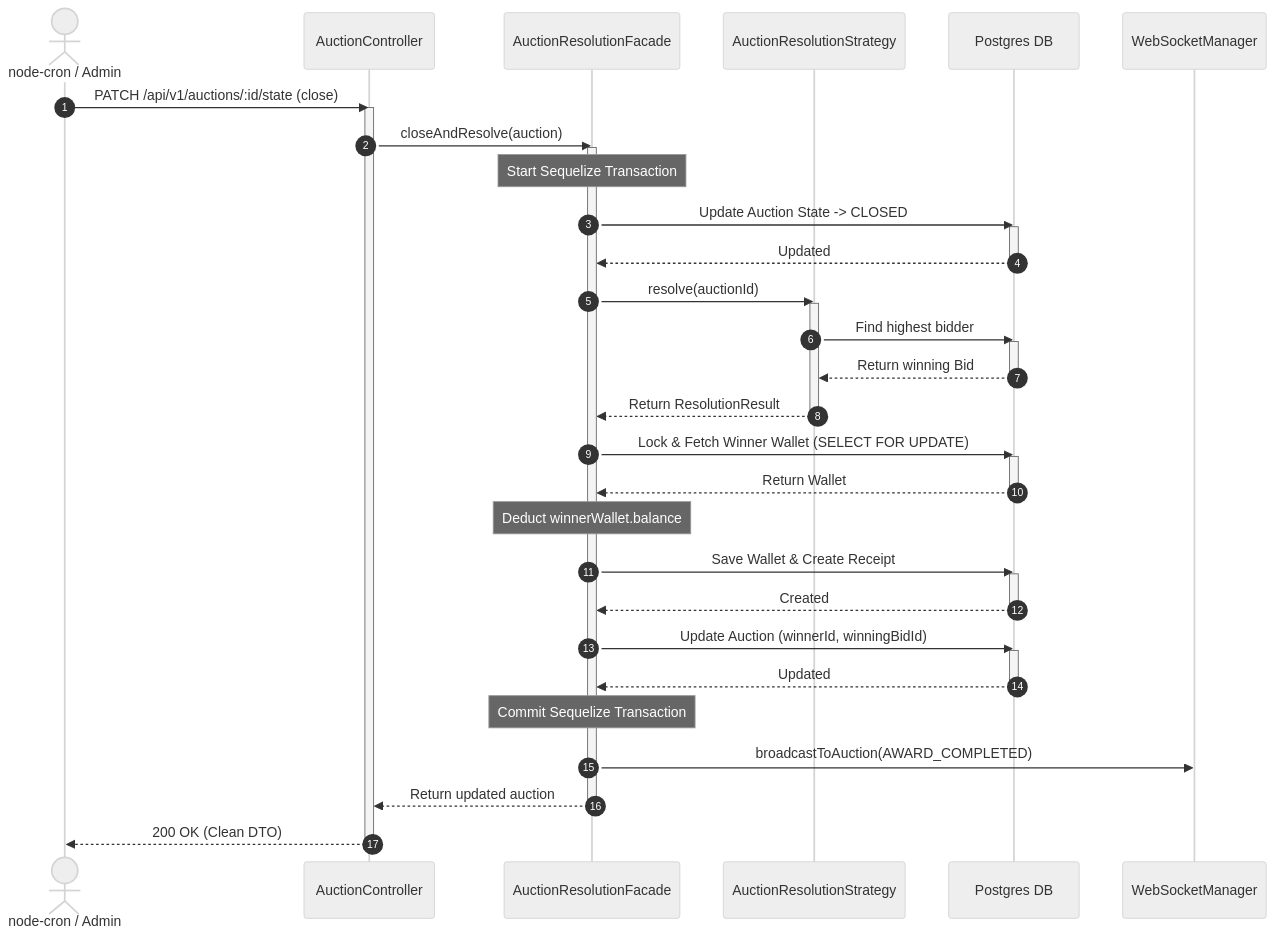
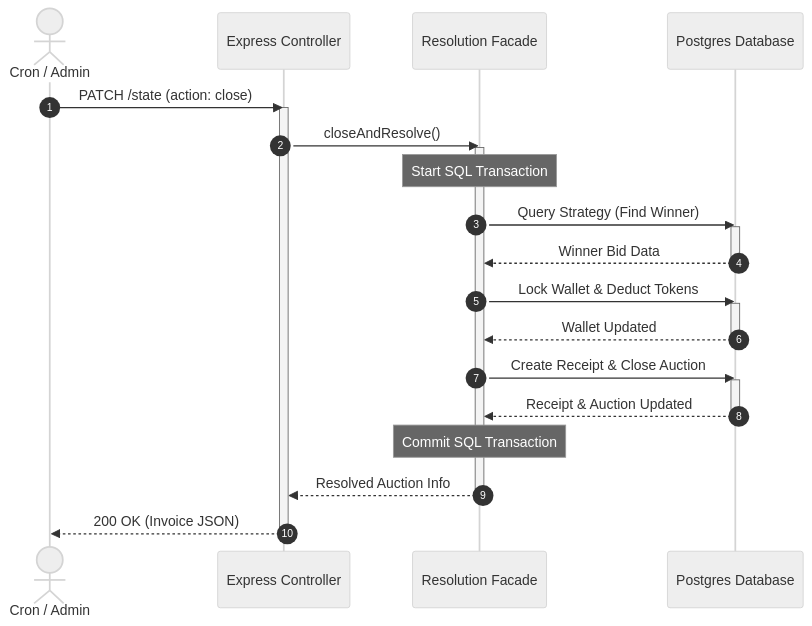
Before and after one commit to HassenChaaben/Auction-management-backend-app: the sixth of 6 diagrams in README.md, drawn with Mermaid. The commit also changed other lines of this file, not shown here.

Commit message:
docs: simplify UML diagrams for maximum human legibility and zero crossing lines

````diff
--- a/README.md
+++ b/README.md
@@ -409,48 +383,36 @@
 ```mermaid
 %%{init: {'theme': 'neutral'}}%%
 sequenceDiagram
     autonumber
-    actor Scheduler as node-cron / Admin
-    participant Controller as AuctionController
-    participant Facade as AuctionResolutionFacade
-    participant Strategy as AuctionResolutionStrategy
-    participant DB as Postgres DB
-    participant WS as WebSocketManager
+    actor Trigger as Cron / Admin
+    participant Server as Express Controller
+    participant Facade as Resolution Facade
+    participant DB as Postgres Database
 
-    Scheduler->>Controller: PATCH /api/v1/auctions/:id/state (close)
-    activate Controller
-    Controller->>Facade: closeAndResolve(auction)
+    Trigger->>Server: PATCH /state (action: close)
+    activate Server
+    Server->>Facade: closeAndResolve()
     activate Facade
-    Note over Facade: Start Sequelize Transaction
-    Facade->>DB: Update Auction State -> CLOSED
+    Note over Facade: Start SQL Transaction
+    
+    Facade->>DB: Query Strategy (Find Winner)
     activate DB
-    DB-->>Facade: Updated
+    DB-->>Facade: Winner Bid Data
     deactivate DB
-    Facade->>Strategy: resolve(auctionId)
-    activate Strategy
-    Strategy->>DB: Find highest bidder
+    
+    Facade->>DB: Lock Wallet & Deduct Tokens
     activate DB
-    DB-->>Strategy: Return winning Bid
+    DB-->>Facade: Wallet Updated
     deactivate DB
-    Strategy-->>Facade: Return ResolutionResult
-    deactivate Strategy
-    Facade->>DB: Lock & Fetch Winner Wallet (SELECT FOR UPDATE)
+    
+    Facade->>DB: Create Receipt & Close Auction
     activate DB
-    DB-->>Facade: Return Wallet
+    DB-->>Facade: Receipt & Auction Updated
     deactivate DB
-    Note over Facade: Deduct winnerWallet.balance
-    Facade->>DB: Save Wallet & Create Receipt
-    activate DB
-    DB-->>Facade: Created
-    deactivate DB
-    Facade->>DB: Update Auction (winnerId, winningBidId)
-    activate DB
-    DB-->>Facade: Updated
-    deactivate DB
-    Note over Facade: Commit Sequelize Transaction
-    Facade->>WS: broadcastToAuction(AWARD_COMPLETED)
-    Facade-->>Controller: Return updated auction
+    Note over Facade: Commit SQL Transaction
+    
+    Facade-->>Server: Resolved Auction Info
     deactivate Facade
-    Controller-->>Scheduler: 200 OK (Clean DTO)
-    deactivate Controller
+    Server-->>Trigger: 200 OK (Invoice JSON)
+    deactivate Server
 ```
````
